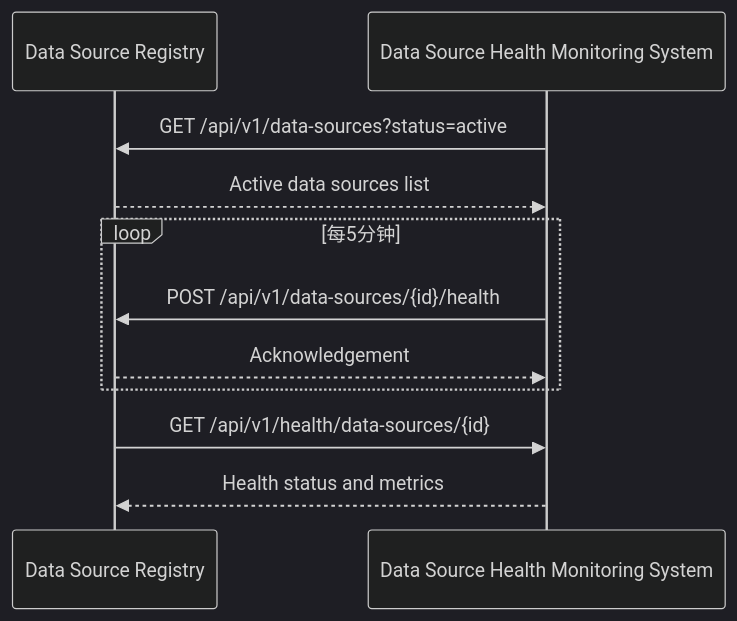
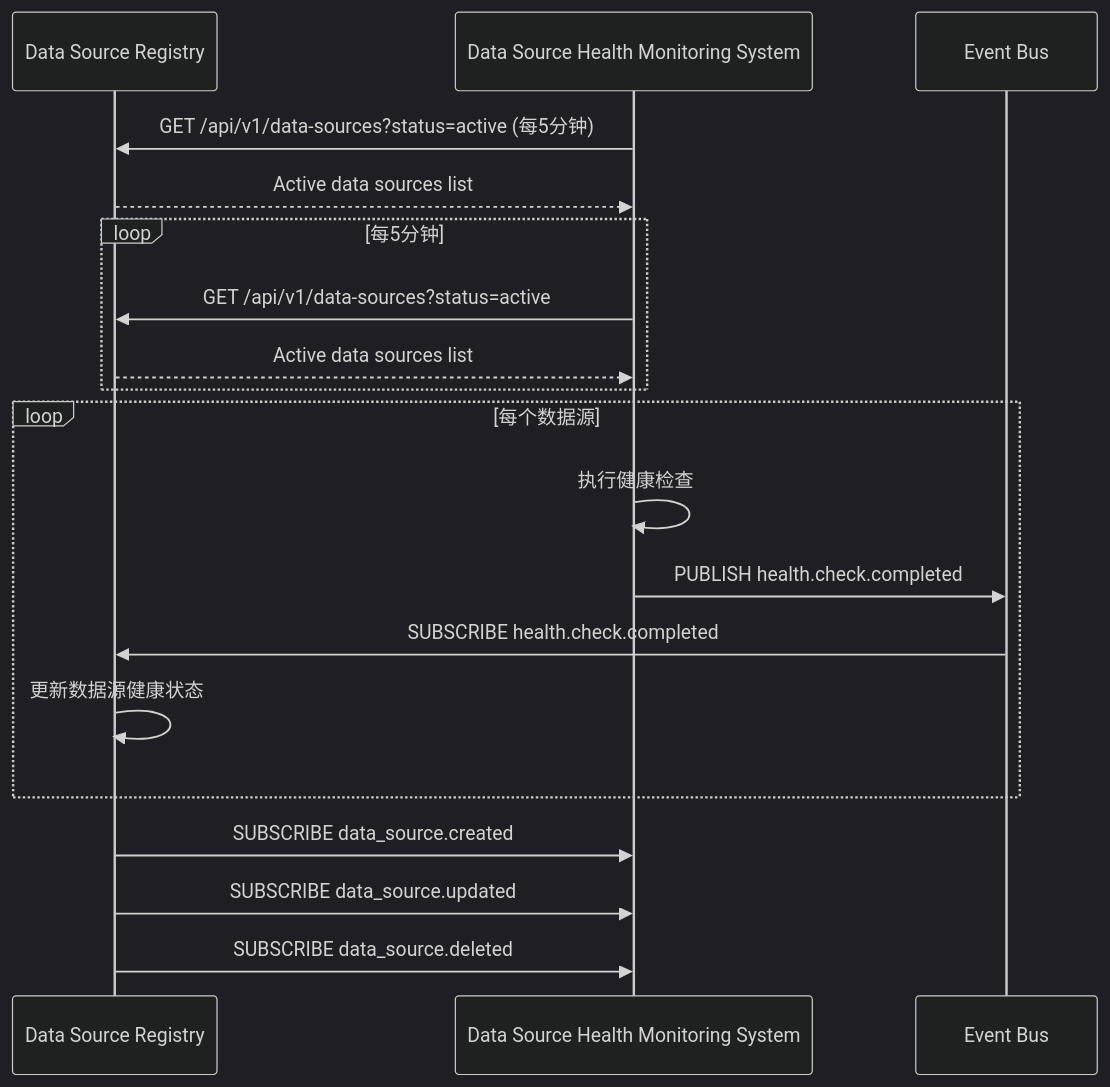
The first of 4 diagrams in doc/ch1.md (iiooiioo888/god_fo_python), drawn with Mermaid (dark theme) before and after one commit. The commit also changed other lines of this file, not shown here.

````diff
--- a/doc/ch1.md
+++ b/doc/ch1.md
@@ -1702,16 +3181,25 @@
 ```mermaid
 sequenceDiagram
     participant DSR as Data Source Registry
     participant DSHMS as Data Source Health Monitoring System
+    participant EventBus as Event Bus
     
-    DSHMS->>DSR: GET /api/v1/data-sources?status=active
+    DSHMS->>DSR: GET /api/v1/data-sources?status=active (每5分钟)
     DSR-->>DSHMS: Active data sources list
     
     loop 每5分钟
-        DSHMS->>DSR: POST /api/v1/data-sources/{id}/health
-        DSR-->>DSHMS: Acknowledgement
+        DSHMS->>DSR: GET /api/v1/data-sources?status=active
+        DSR-->>DSHMS: Active data sources list
     end
     
-    DSR->>DSHMS: GET /api/v1/health/data-sources/{id}
-    DSHMS-->>DSR: Health status and metrics
+    loop 每个数据源
+        DSHMS->>DSHMS: 执行健康检查
+        DSHMS->>EventBus: PUBLISH health.check.completed
+        EventBus->>DSR: SUBSCRIBE health.check.completed
+        DSR->>DSR: 更新数据源健康状态
+    end
+    
+    DSR->>DSHMS: SUBSCRIBE data_source.created
+    DSR->>DSHMS: SUBSCRIBE data_source.updated
+    DSR->>DSHMS: SUBSCRIBE data_source.deleted
 ```
````
